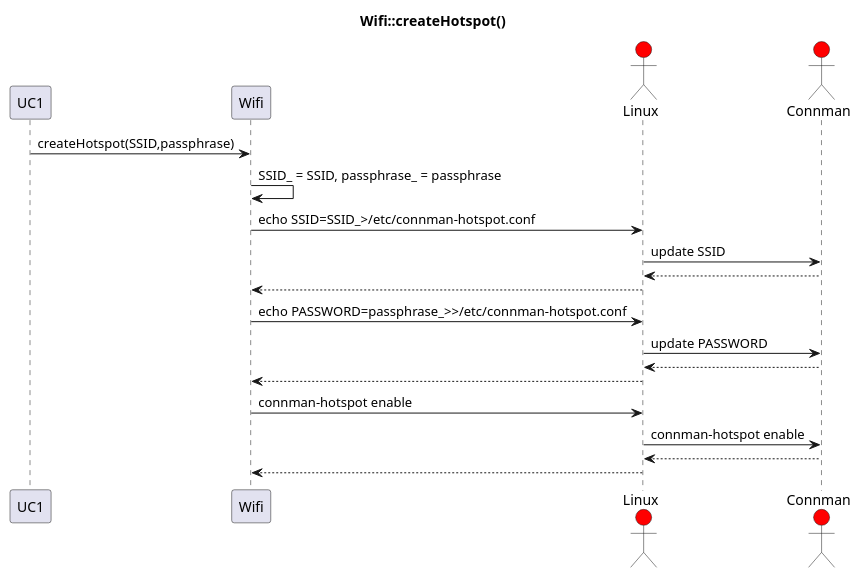
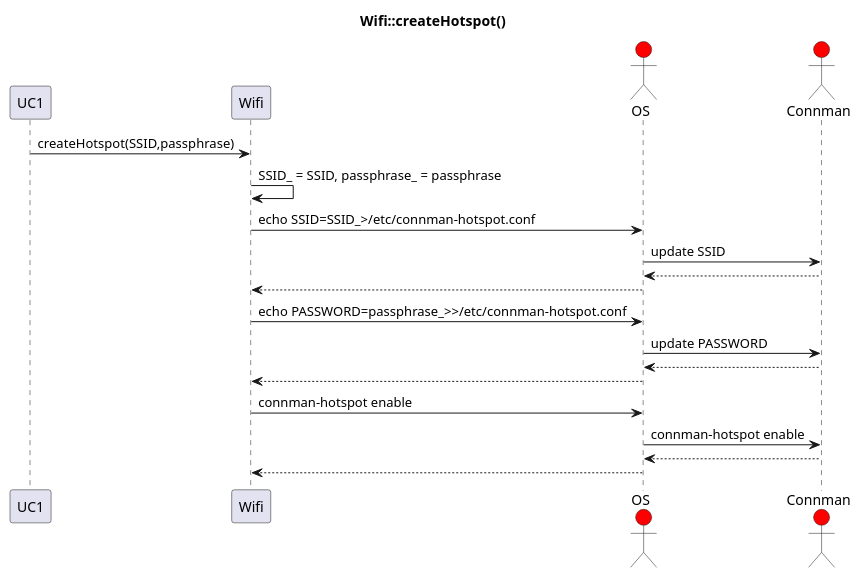
Before and after one commit to Solvgraa-mager/E3PRJ3: the diagram in Diagrammer/Robo_Sumo_Battle/Communication/Sekvensdiagrammer/Wifi/Wifi_createHotspot.plantuml, drawn with PlantUML. The commit also changed 24 other files, not shown here.

```diff
--- a/Diagrammer/Robo_Sumo_Battle/Communication/Sekvensdiagrammer/Wifi/Wifi_createHotspot.plantuml
+++ b/Diagrammer/Robo_Sumo_Battle/Communication/Sekvensdiagrammer/Wifi/Wifi_createHotspot.plantuml
@@ -1,25 +1,25 @@
 @startuml
 title Wifi::createHotspot()
 participant UC1
 participant Wifi
-actor Linux #red
+actor OS #red
 actor Connman #red
 
 UC1 -> Wifi : createHotspot(SSID,passphrase)
 Wifi -> Wifi : SSID_ = SSID, passphrase_ = passphrase
-Wifi -> Linux : echo SSID=SSID_>/etc/connman-hotspot.conf
-Linux -> Connman : update SSID
-Linux <-- Connman
-Wifi <-- Linux
+Wifi -> OS : echo SSID=SSID_>/etc/connman-hotspot.conf
+OS -> Connman : update SSID
+OS <-- Connman
+Wifi <-- OS
 
-Wifi -> Linux : echo PASSWORD=passphrase_>>/etc/connman-hotspot.conf
-Linux -> Connman : update PASSWORD
-Linux <-- Connman
-Wifi <-- Linux
+Wifi -> OS : echo PASSWORD=passphrase_>>/etc/connman-hotspot.conf
+OS -> Connman : update PASSWORD
+OS <-- Connman
+Wifi <-- OS
 
-Wifi -> Linux : connman-hotspot enable
-Linux -> Connman : connman-hotspot enable
-Linux <-- Connman
-Wifi <-- Linux
+Wifi -> OS : connman-hotspot enable
+OS -> Connman : connman-hotspot enable
+OS <-- Connman
+Wifi <-- OS
 
 @enduml
```
